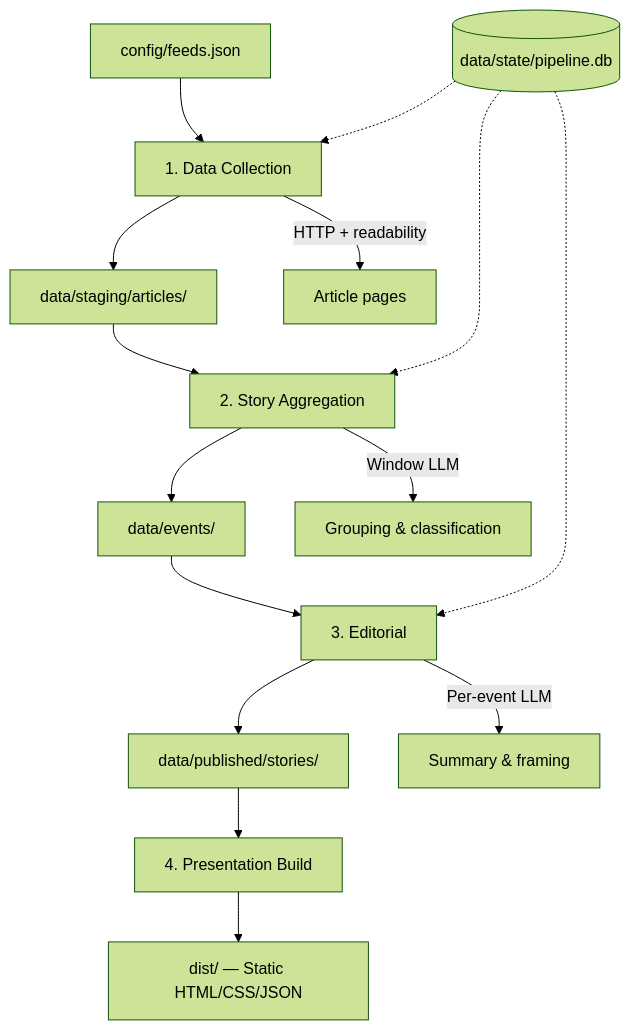
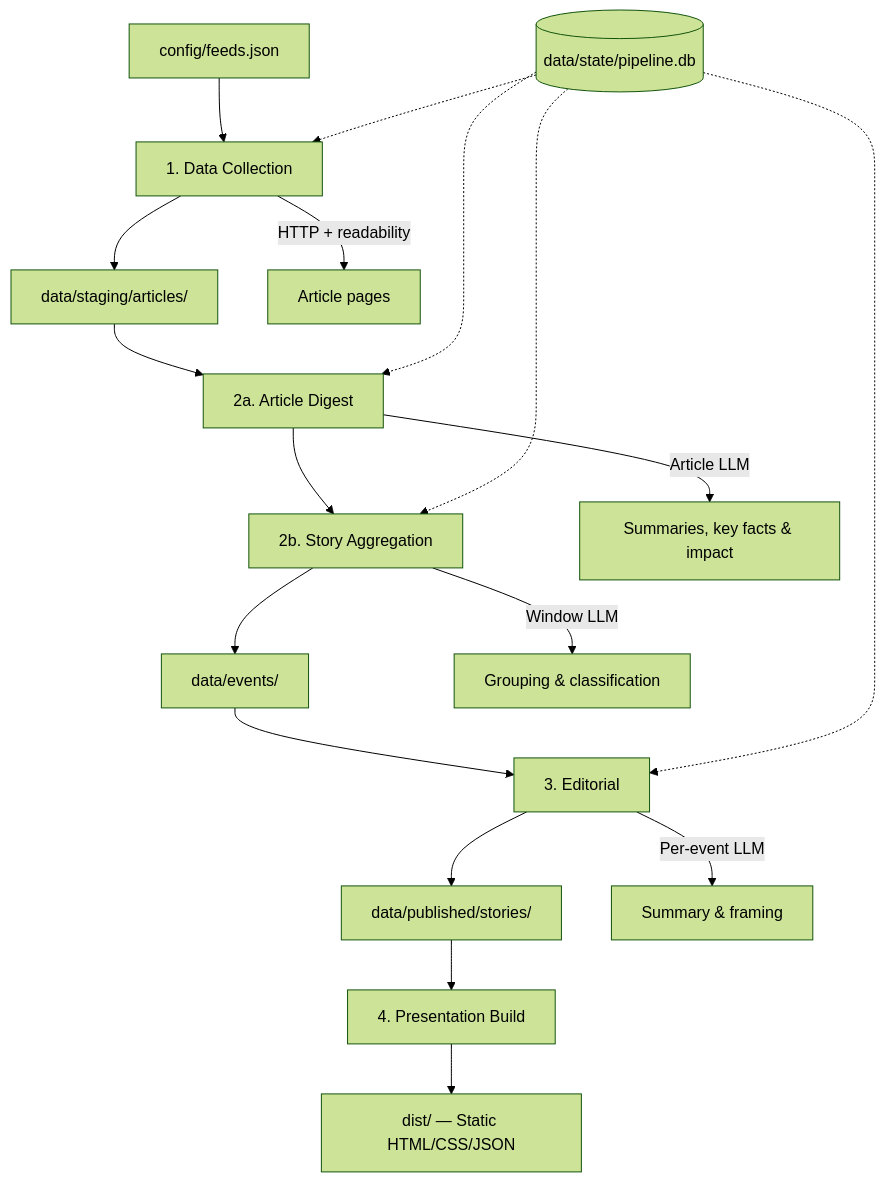
Before and after one commit to pmeenan/news-tldr.com: the diagram in docs/design.md, drawn with Mermaid (forest theme). The commit also changed other lines of this file and 23 other files, not shown here.

Commit message:
Added a summarization (digest) stage before aggregation

````diff
--- a/docs/design.md
+++ b/docs/design.md
@@ -23,19 +23,22 @@
 ```mermaid
 graph TD
     Feeds[config/feeds.json] --> Collect[1. Data Collection]
     Collect --> Articles[data/staging/articles/]
-    Articles --> Aggregate[2. Story Aggregation]
+    Articles --> Digest[2a. Article Digest]
+    Digest --> Aggregate[2b. Story Aggregation]
     Aggregate --> Events[data/events/]
     Events --> Editorial[3. Editorial]
     Editorial --> Stories[data/published/stories/]
     Stories --> Present[4. Presentation Build]
     Present --> Site[dist/ — Static HTML/CSS/JSON]
 
     State[(data/state/pipeline.db)] -.-> Collect
+    State -.-> Digest
     State -.-> Aggregate
     State -.-> Editorial
 
     Collect -->|HTTP + readability| Pages[Article pages]
+    Digest -->|Article LLM| ArticleDigest[Summaries, key facts & impact]
     Aggregate -->|Window LLM| Classify[Grouping & classification]
     Editorial -->|Per-event LLM| Summarize[Summary & framing]
 ```
````
